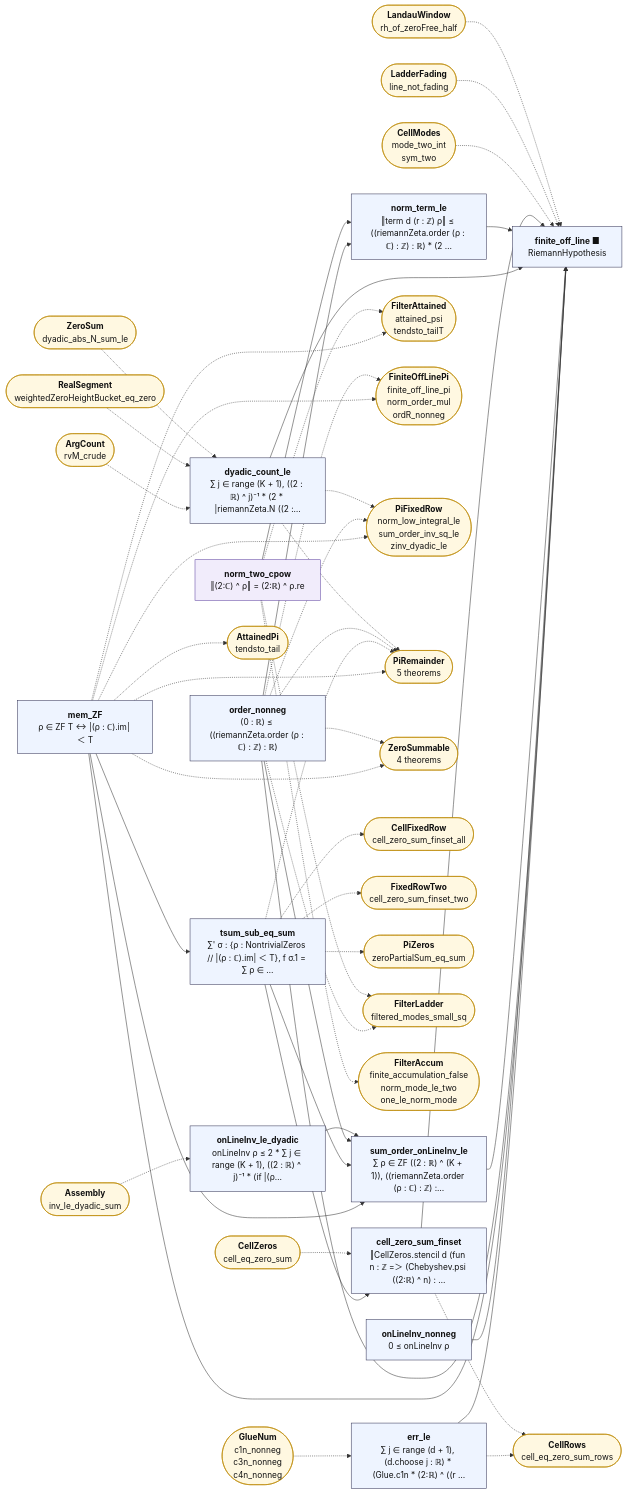
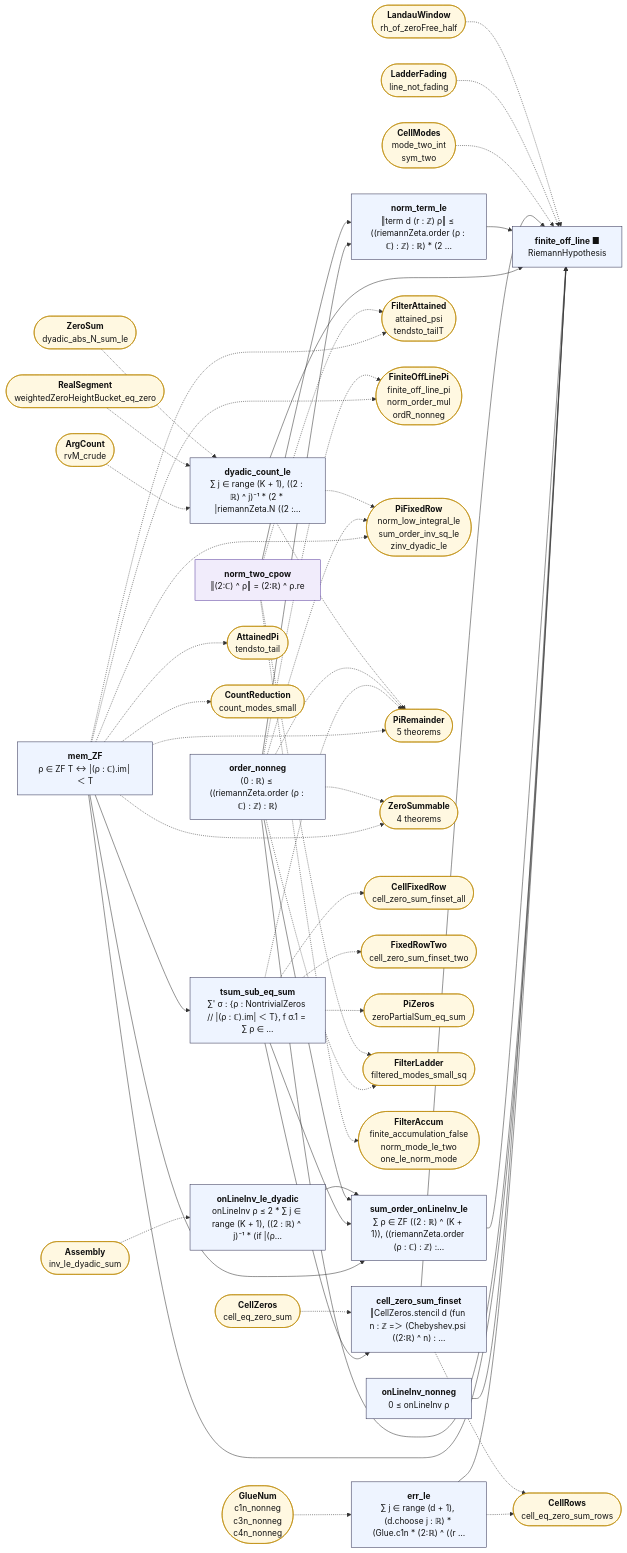
The diagram in map/lean_stage3/FiniteOffLine.md (juliansambranojr/Primebeat_081426), drawn with Mermaid before and after one commit. The commit also changed other lines of this file and 43 other files, not shown here.

First line of the commit message:
Block N2: the count's segments right of a line are small with a power saving (unit 0470)

```diff
--- a/map/lean_stage3/FiniteOffLine.md
+++ b/map/lean_stage3/FiniteOffLine.md
@@ -24,26 +24,27 @@
   n10["<b>err_le</b><br/>∑ j ∈ range (d + 1), (d.choose j : ℝ) * (Glue.c1n * (2:ℝ) ^ ((r …"]:::thm
   n11["<b>finite_off_line ■</b><br/>RiemannHypothesis"]:::thm
   x0(["<b>AttainedPi</b><br/>tendsto_tail"]):::ext
-  x1(["<b>FilterAttained</b><br/>attained_psi<br/>tendsto_tailT"]):::ext
-  x2(["<b>FiniteOffLinePi</b><br/>finite_off_line_pi<br/>norm_order_mul<br/>ordR_nonneg"]):::ext
-  x3(["<b>PiFixedRow</b><br/>norm_low_integral_le<br/>sum_order_inv_sq_le<br/>zinv_dyadic_le"]):::ext
-  x4(["<b>PiRemainder</b><br/>5 theorems"]):::ext
-  x5(["<b>ZeroSummable</b><br/>4 theorems"]):::ext
-  x6(["<b>CellFixedRow</b><br/>cell_zero_sum_finset_all"]):::ext
-  x7(["<b>FixedRowTwo</b><br/>cell_zero_sum_finset_two"]):::ext
-  x8(["<b>PiZeros</b><br/>zeroPartialSum_eq_sum"]):::ext
-  x9(["<b>FilterLadder</b><br/>filtered_modes_small_sq"]):::ext
-  x10(["<b>Assembly</b><br/>inv_le_dyadic_sum"]):::ext
-  x11(["<b>ArgCount</b><br/>rvM_crude"]):::ext
-  x12(["<b>RealSegment</b><br/>weightedZeroHeightBucket_eq_zero"]):::ext
-  x13(["<b>ZeroSum</b><br/>dyadic_abs_N_sum_le"]):::ext
-  x14(["<b>FilterAccum</b><br/>finite_accumulation_false<br/>norm_mode_le_two<br/>one_le_norm_mode"]):::ext
-  x15(["<b>CellZeros</b><br/>cell_eq_zero_sum"]):::ext
-  x16(["<b>CellRows</b><br/>cell_eq_zero_sum_rows"]):::ext
-  x17(["<b>GlueNum</b><br/>c1n_nonneg<br/>c3n_nonneg<br/>c4n_nonneg"]):::ext
-  x18(["<b>CellModes</b><br/>mode_two_int<br/>sym_two"]):::ext
-  x19(["<b>LadderFading</b><br/>line_not_fading"]):::ext
-  x20(["<b>LandauWindow</b><br/>rh_of_zeroFree_half"]):::ext
+  x1(["<b>CountReduction</b><br/>count_modes_small"]):::ext
+  x2(["<b>FilterAttained</b><br/>attained_psi<br/>tendsto_tailT"]):::ext
+  x3(["<b>FiniteOffLinePi</b><br/>finite_off_line_pi<br/>norm_order_mul<br/>ordR_nonneg"]):::ext
+  x4(["<b>PiFixedRow</b><br/>norm_low_integral_le<br/>sum_order_inv_sq_le<br/>zinv_dyadic_le"]):::ext
+  x5(["<b>PiRemainder</b><br/>5 theorems"]):::ext
+  x6(["<b>ZeroSummable</b><br/>4 theorems"]):::ext
+  x7(["<b>CellFixedRow</b><br/>cell_zero_sum_finset_all"]):::ext
+  x8(["<b>FixedRowTwo</b><br/>cell_zero_sum_finset_two"]):::ext
+  x9(["<b>PiZeros</b><br/>zeroPartialSum_eq_sum"]):::ext
+  x10(["<b>FilterLadder</b><br/>filtered_modes_small_sq"]):::ext
+  x11(["<b>Assembly</b><br/>inv_le_dyadic_sum"]):::ext
+  x12(["<b>ArgCount</b><br/>rvM_crude"]):::ext
+  x13(["<b>RealSegment</b><br/>weightedZeroHeightBucket_eq_zero"]):::ext
+  x14(["<b>ZeroSum</b><br/>dyadic_abs_N_sum_le"]):::ext
+  x15(["<b>FilterAccum</b><br/>finite_accumulation_false<br/>norm_mode_le_two<br/>one_le_norm_mode"]):::ext
+  x16(["<b>CellZeros</b><br/>cell_eq_zero_sum"]):::ext
+  x17(["<b>CellRows</b><br/>cell_eq_zero_sum_rows"]):::ext
+  x18(["<b>GlueNum</b><br/>c1n_nonneg<br/>c3n_nonneg<br/>c4n_nonneg"]):::ext
+  x19(["<b>CellModes</b><br/>mode_two_int<br/>sym_two"]):::ext
+  x20(["<b>LadderFading</b><br/>line_not_fading"]):::ext
+  x21(["<b>LandauWindow</b><br/>rh_of_zeroFree_half"]):::ext
   n0 --> n1
   n0 --> n11
   n0 --> n5
@@ -66,31 +67,32 @@
   n0 -.-> x3
   n0 -.-> x4
   n0 -.-> x5
-  n1 -.-> x4
-  n1 -.-> x6
+  n0 -.-> x6
+  n1 -.-> x5
   n1 -.-> x7
   n1 -.-> x8
-  n10 -.-> x16
-  n2 -.-> x2
+  n1 -.-> x9
+  n10 -.-> x17
+  n2 -.-> x10
   n2 -.-> x3
   n2 -.-> x4
   n2 -.-> x5
-  n2 -.-> x9
-  n6 -.-> x3
+  n2 -.-> x6
   n6 -.-> x4
-  n7 -.-> x1
-  n7 -.-> x14
-  n7 -.-> x9
-  n9 -.-> x16
-  x10 -.-> n4
-  x11 -.-> n6
+  n6 -.-> x5
+  n7 -.-> x10
+  n7 -.-> x15
+  n7 -.-> x2
+  n9 -.-> x17
+  x11 -.-> n4
   x12 -.-> n6
   x13 -.-> n6
-  x15 -.-> n9
-  x17 -.-> n10
-  x18 -.-> n11
+  x14 -.-> n6
+  x16 -.-> n9
+  x18 -.-> n10
   x19 -.-> n11
   x20 -.-> n11
+  x21 -.-> n11
   classDef cnt fill:#dff5ec,stroke:#17694a,color:#111
   classDef shp fill:#f1ecfb,stroke:#5b3fa0,color:#111
   classDef rh fill:#ffe5e5,stroke:#c22,color:#111,stroke-width:2px
```
